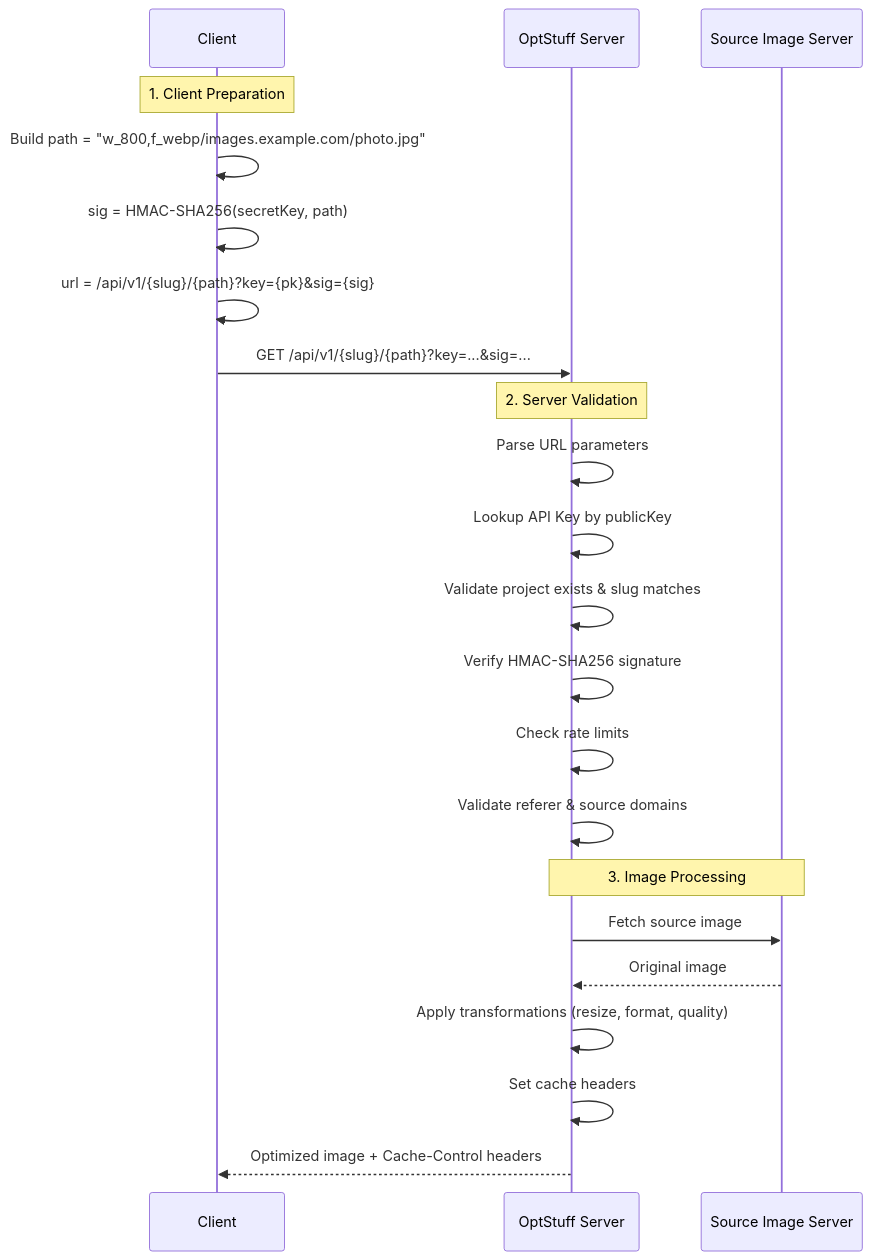
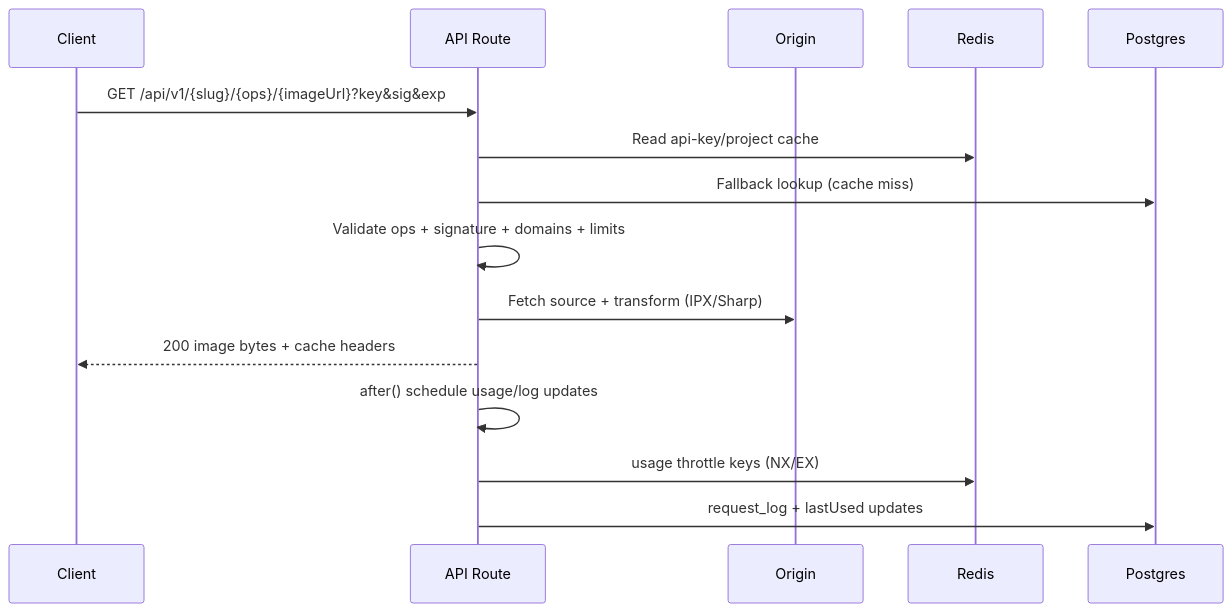
The third of 3 diagrams in apps/docs/content/docs/internal/system-overview.mdx (EricTsai83/optstuff), drawn with Mermaid before and after one commit. The commit also changed other lines of this file and 21 other files, not shown here.

First line of the commit message:
Remove changelog file and update documentation for image source domain configuration

````diff
--- a/apps/docs/content/docs/internal/system-overview.mdx
+++ b/apps/docs/content/docs/internal/system-overview.mdx
@@ -163,29 +67,18 @@
 ```mermaid
 sequenceDiagram
-  participant Client
-  participant OptStuff as OptStuff Server
-  participant Origin as Source Image Server
+  participant C as Client
+  participant A as API Route
+  participant O as Origin
+  participant R as Redis
+  participant P as Postgres
 
-  Note over Client: 1. Client Preparation
-  Client->>Client: Build path = "w_800,f_webp/images.example.com/photo.jpg"
-  Client->>Client: sig = HMAC-SHA256(secretKey, path)
-  Client->>Client: url = /api/v1/{slug}/{path}?key={pk}&sig={sig}
-
-  Client->>OptStuff: GET /api/v1/{slug}/{path}?key=...&sig=...
-
-  Note over OptStuff: 2. Server Validation
-  OptStuff->>OptStuff: Parse URL parameters
-  OptStuff->>OptStuff: Lookup API Key by publicKey
-  OptStuff->>OptStuff: Validate project exists & slug matches
-  OptStuff->>OptStuff: Verify HMAC-SHA256 signature
-  OptStuff->>OptStuff: Check rate limits
-  OptStuff->>OptStuff: Validate referer & source domains
-
-  Note over OptStuff,Origin: 3. Image Processing
-  OptStuff->>Origin: Fetch source image
-  Origin-->>OptStuff: Original image
-  OptStuff->>OptStuff: Apply transformations (resize, format, quality)
-  OptStuff->>OptStuff: Set cache headers
-
-  OptStuff-->>Client: Optimized image + Cache-Control headers
+  C->>A: GET /api/v1/{slug}/{ops}/{imageUrl}?key&sig&exp
+  A->>R: Read api-key/project cache
+  A->>P: Fallback lookup (cache miss)
+  A->>A: Validate ops + signature + domains + limits
+  A->>O: Fetch source + transform (IPX/Sharp)
+  A-->>C: 200 image bytes + cache headers
+  A->>A: after() schedule usage/log updates
+  A->>R: usage throttle keys (NX/EX)
+  A->>P: request_log + lastUsed updates
 ```
````
